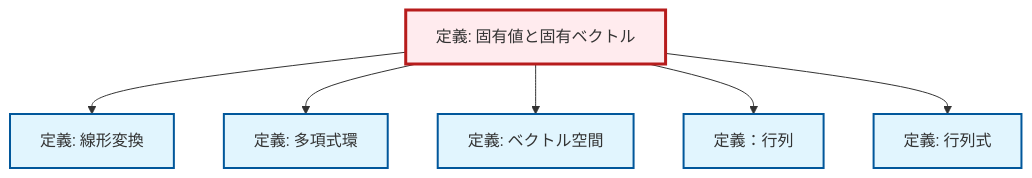
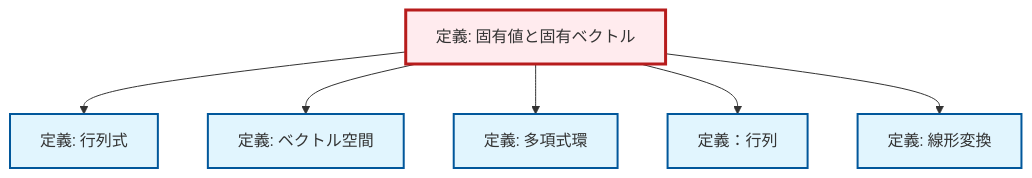
Before and after one commit to RK0429/ModernMath: the diagram in content/ja/algebra/def-eigenvalue-eigenvector.qmd, drawn with Mermaid. The commit also changed other lines of this file and 328 other files, not shown here.

````diff
--- a/content/ja/algebra/def-eigenvalue-eigenvector.qmd
+++ b/content/ja/algebra/def-eigenvalue-eigenvector.qmd
@@ -77,26 +77,26 @@
 ```{mermaid}
 %%| fig-cap: "ローカル依存関係グラフ"
 graph TD
     classDef definition fill:#e1f5fe,stroke:#01579b,stroke-width:2px
     classDef theorem fill:#f3e5f5,stroke:#4a148c,stroke-width:2px
     classDef axiom fill:#fff3e0,stroke:#e65100,stroke-width:2px
     classDef example fill:#e8f5e9,stroke:#1b5e20,stroke-width:2px
     classDef current fill:#ffebee,stroke:#b71c1c,stroke-width:3px
-    def-determinant["定義: 行列式"]:::definition
+    def-linear-transformation["定義: 線形変換"]:::definition
+    def-vector-space["定義: ベクトル空間"]:::definition
     def-eigenvalue-eigenvector["定義: 固有値と固有ベクトル"]:::definition
     def-matrix["定義：行列"]:::definition
-    def-linear-transformation["定義: 線形変換"]:::definition
+    def-determinant["定義: 行列式"]:::definition
     def-polynomial-ring["定義: 多項式環"]:::definition
-    def-vector-space["定義: ベクトル空間"]:::definition
+    def-eigenvalue-eigenvector --> def-determinant
+    def-eigenvalue-eigenvector --> def-vector-space
+    def-eigenvalue-eigenvector --> def-polynomial-ring
+    def-eigenvalue-eigenvector --> def-matrix
     def-eigenvalue-eigenvector --> def-linear-transformation
-    def-eigenvalue-eigenvector --> def-polynomial-ring
-    def-eigenvalue-eigenvector --> def-vector-space
-    def-eigenvalue-eigenvector --> def-matrix
-    def-eigenvalue-eigenvector --> def-determinant
     class def-eigenvalue-eigenvector current
+    click def-linear-transformation "def-linear-transformation.html" "線形変換の定義へ"
+    click def-vector-space "def-vector-space.html" "ベクトル空間の定義へ"
+    click def-matrix "def-matrix.html" "定義：行列へ"
     click def-determinant "def-determinant.html" "行列式の定義へ"
-    click def-matrix "def-matrix.html" "定義：行列へ"
-    click def-linear-transformation "def-linear-transformation.html" "線形変換の定義へ"
     click def-polynomial-ring "def-polynomial-ring.html" "多項式環の定義へ"
-    click def-vector-space "def-vector-space.html" "ベクトル空間の定義へ"
 ```
````
